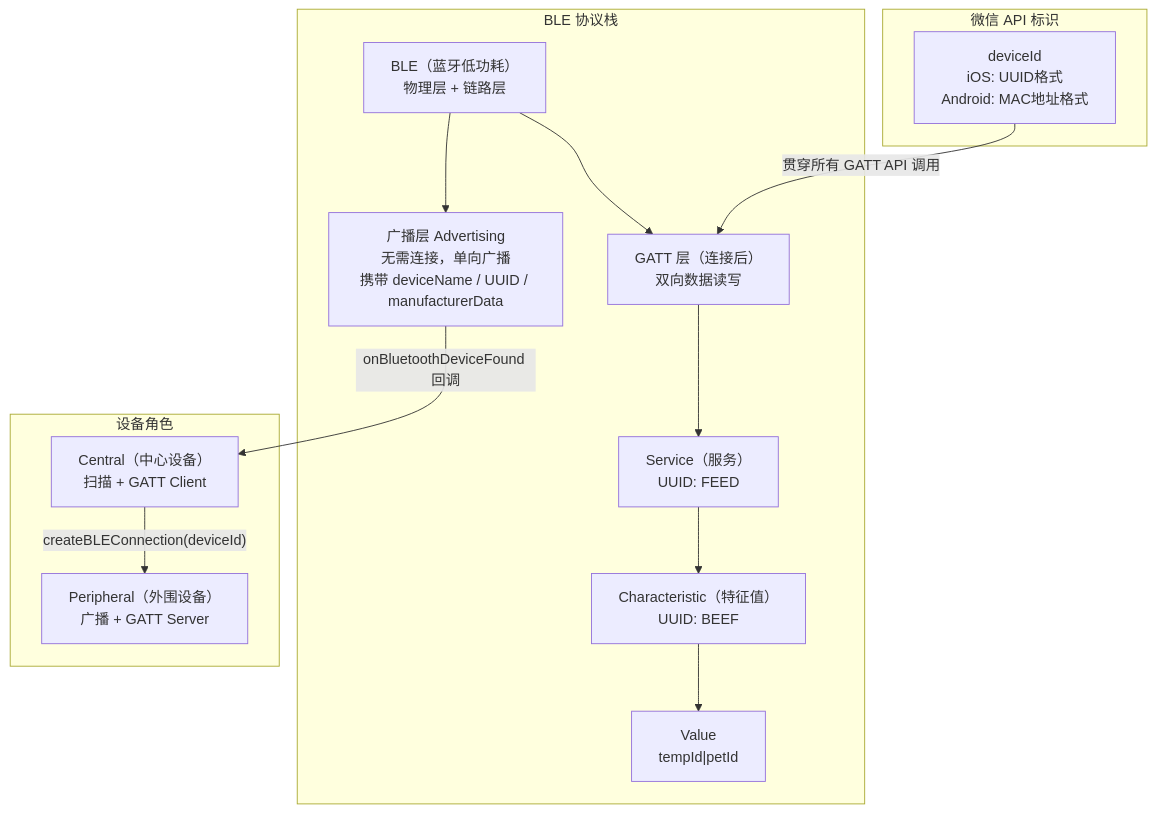
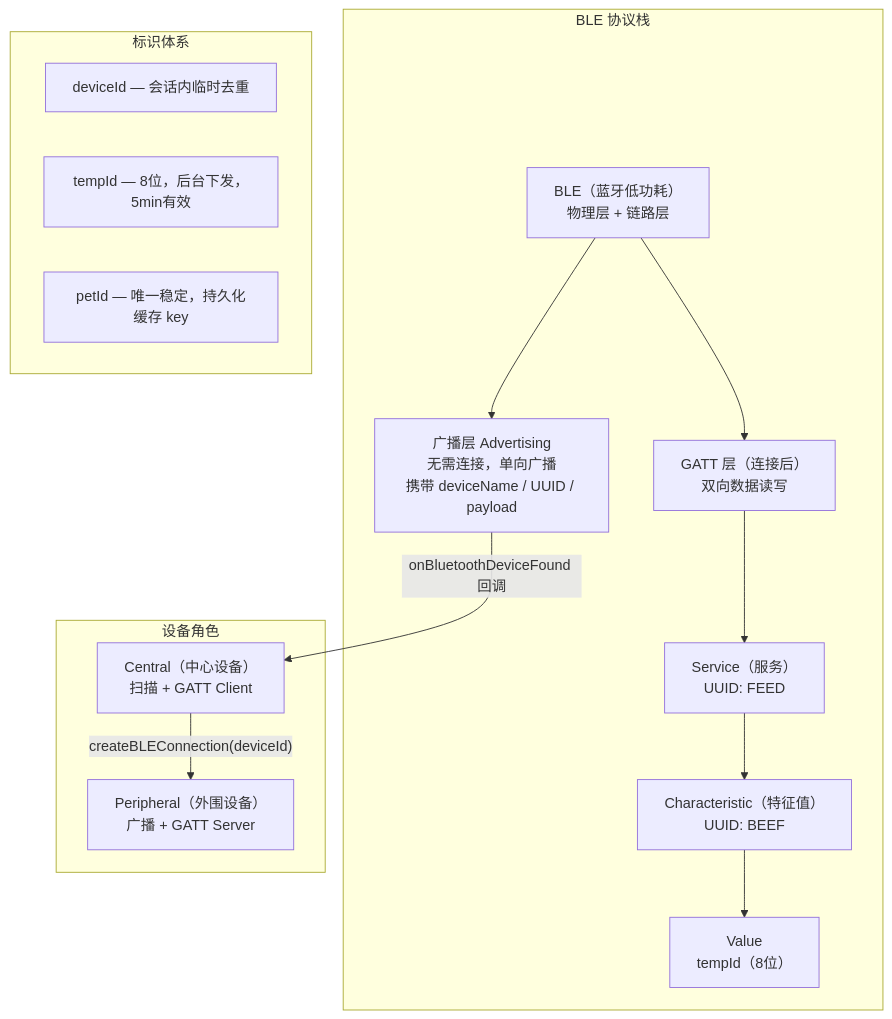
Before and after one commit to novlan1/notes: the fifth of 14 diagrams in docs/2026下/蓝牙通信.md, drawn with Mermaid. The commit also changed other lines of this file and 2 other files, not shown here.

````diff
--- a/docs/2026下/蓝牙通信.md
+++ b/docs/2026下/蓝牙通信.md
@@ -186,24 +127,25 @@
 ```mermaid
 graph TB
     subgraph "BLE 协议栈"
         BLE["BLE（蓝牙低功耗）<br/>物理层 + 链路层"]
-        BLE --> ADV["广播层 Advertising<br/>无需连接，单向广播<br/>携带 deviceName / UUID / manufacturerData"]
+        BLE --> ADV["广播层 Advertising<br/>无需连接，单向广播<br/>携带 deviceName / UUID / payload"]
         BLE --> GATT["GATT 层（连接后）<br/>双向数据读写"]
         GATT --> SVC["Service（服务）<br/>UUID: FEED"]
         SVC --> CHAR["Characteristic（特征值）<br/>UUID: BEEF"]
-        CHAR --> VAL["Value<br/>tempId|petId"]
+        CHAR --> VAL["Value<br/>tempId（8位）"]
     end
 
     subgraph "设备角色"
         PER["Peripheral（外围设备）<br/>广播 + GATT Server"]
         CEN["Central（中心设备）<br/>扫描 + GATT Client"]
     end
 
-    subgraph "微信 API 标识"
-        DID["deviceId<br/>iOS: UUID格式<br/>Android: MAC地址格式"]
+    subgraph "标识体系"
+        DID["deviceId — 会话内临时去重"]
+        TID["tempId — 8位，后台下发，5min有效"]
+        PID["petId — 唯一稳定，持久化缓存 key"]
     end
 
     ADV -->|"onBluetoothDeviceFound 回调"| CEN
     CEN -->|"createBLEConnection(deviceId)"| PER
-    DID -->|"贯穿所有 GATT API 调用"| GATT
 ```
````
